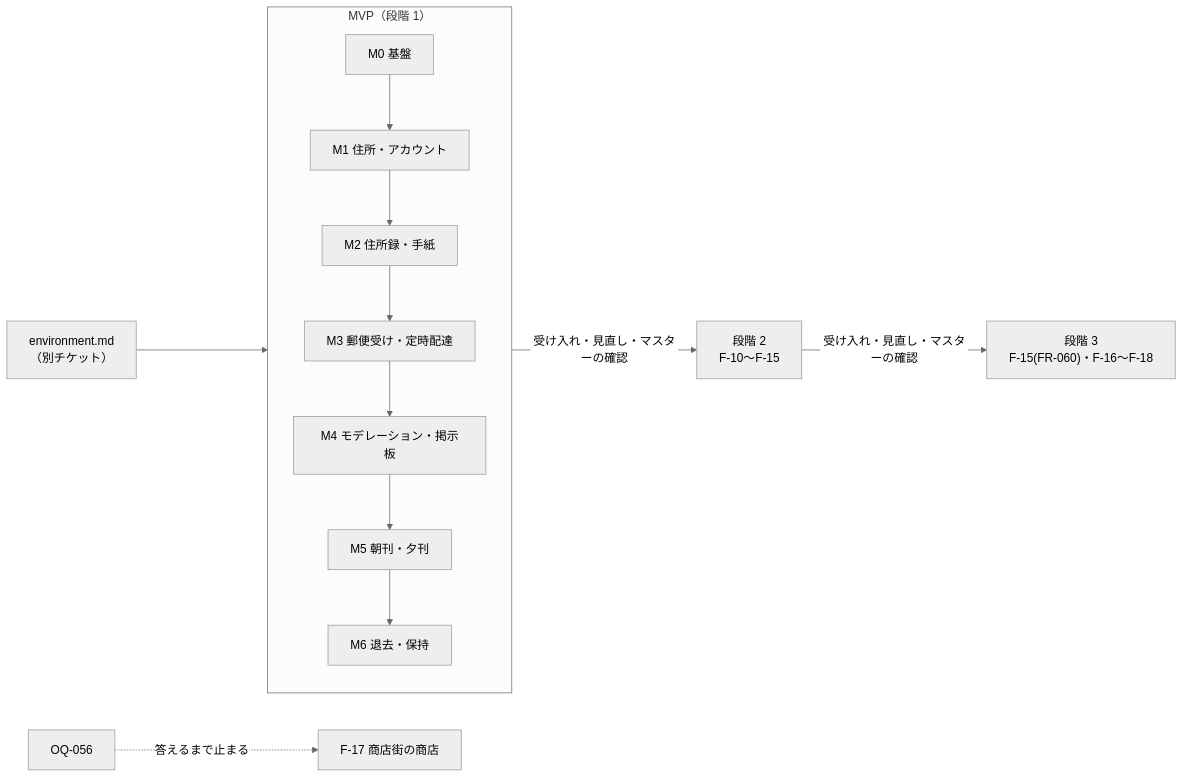
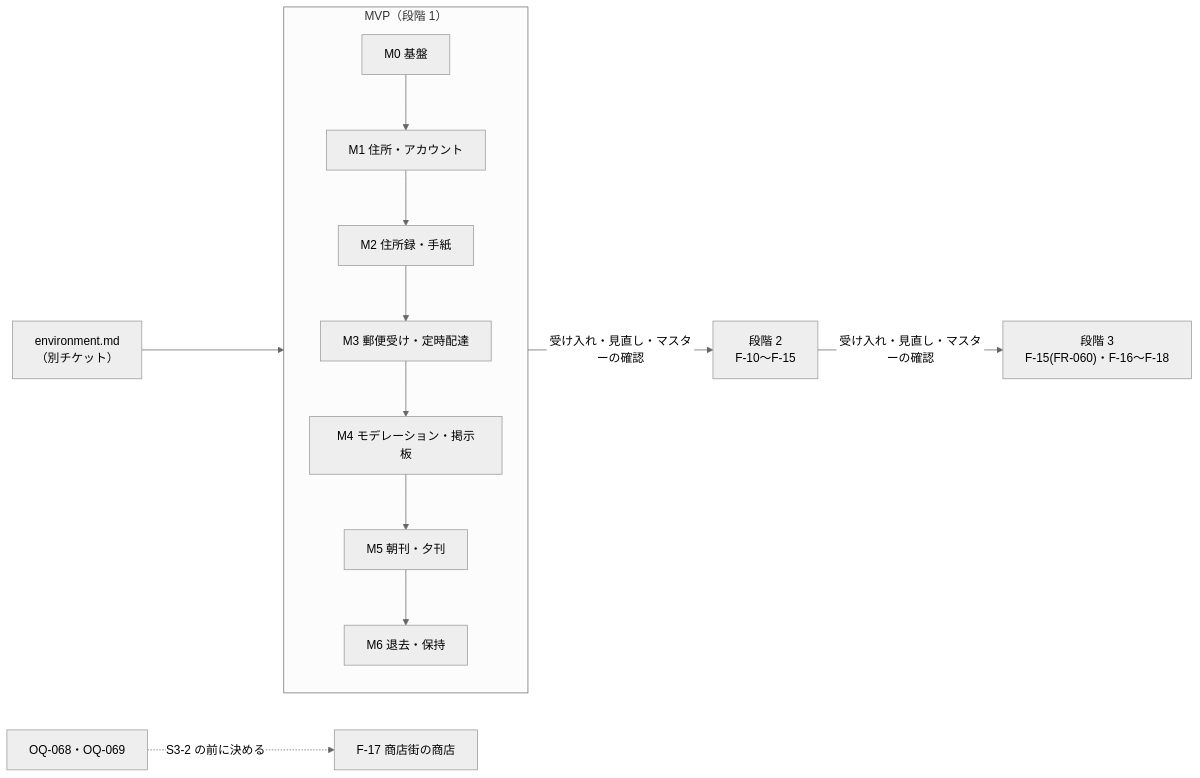
Before and after one commit to BONUS-git/yuguregaoka-3chome: the diagram in .ai/roadmap.md, drawn with Mermaid (neutral theme). The commit also changed other lines of this file and 11 other files, not shown here.

````diff
--- a/.ai/roadmap.md
+++ b/.ai/roadmap.md
@@ -70,10 +70,10 @@
 ```mermaid
 flowchart LR
     ENV["environment.md\n（別チケット）"] --> MVP
     subgraph MVP["MVP（段階 1）"]
         M0["M0 基盤"] --> M1["M1 住所・アカウント"] --> M2["M2 住所録・手紙"] --> M3["M3 郵便受け・定時配達"] --> M4["M4 モデレーション・掲示板"] --> M5["M5 朝刊・夕刊"] --> M6["M6 退去・保持"]
     end
     MVP -->|"受け入れ・見直し・マスターの確認"| S2["段階 2\nF-10〜F-15"]
     S2 -->|"受け入れ・見直し・マスターの確認"| S3["段階 3\nF-15(FR-060)・F-16〜F-18"]
-    OQ56["OQ-056"] -.->|答えるまで止まる| F17["F-17 商店街の商店"]
+    OQ68["OQ-068・OQ-069"] -.->|S3-2 の前に決める| F17["F-17 商店街の商店"]
 ```
````
